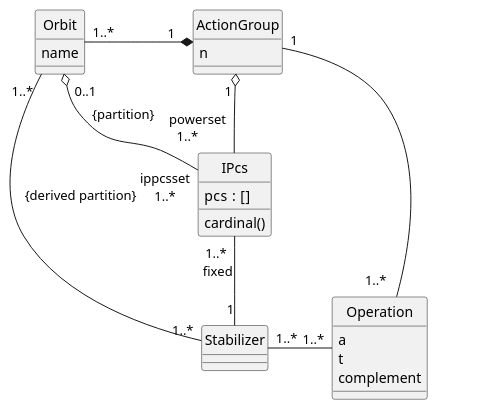
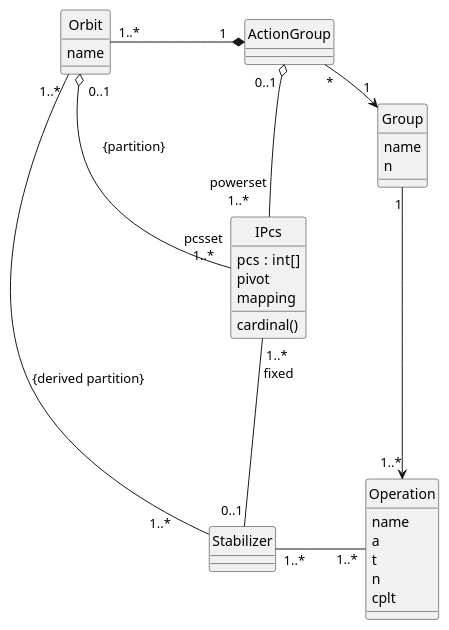
Before and after one commit to ocapuozzo/musaicbox-app: the diagram in analyse/analyse.puml, drawn with PlantUML. The commit also changed 10 other files, not shown here.

```diff
--- a/analyse/analyse.puml
+++ b/analyse/analyse.puml
@@ -1,32 +1,43 @@
 @startuml musaicbox
 
 class ActionGroup {
-  n
-}
 
-class Operation {
-  a
-  t
-  complement
 }
 
 class Orbit {
   name
 }
 
+class Group {
+  name
+  n
+}
+
+class Operation {
+  name
+  a
+  t
+  n
+  cplt
+}
+
 class IPcs {
-  pcs :  []
+  pcs :  int[]
+  pivot
+  mapping
   cardinal()
 }
 
-ActionGroup "1"  - " 1..*   " Operation : "                 "
+Group "1" --> "1..*" Operation
+ActionGroup "*" -> "1" Group
+
 Orbit "1..*"  -* " 1   " ActionGroup : "                 "
-ActionGroup "1 "  o-- "\n       powerset \n1..*" IPcs :"                                           "
+ActionGroup "0..1 "  o-- "\t\t\npowerset\n1..*" IPcs :"\t\t\t"
 
-Orbit "1..* "  -- "1..*" Stabilizer :"{derived partition}             "
-Orbit "  0..1"  o-- "ippcsset\n1..*" IPcs :" {partition}                     "
-IPcs "1..* \nfixed" -- "1" Stabilizer
-Stabilizer "1..*" - "1..*" Operation
+Orbit "1..* "  -- "1..*         " Stabilizer :"{derived partition}\t\t\t\t"
+Orbit "  0..1"  o-- "pcsset\n1..*" IPcs :" {partition}\t\t\t\t"
+IPcs "1..* \nfixed" -down-- "0..1" Stabilizer
+Stabilizer "1..*" - "1..*" Operation : "\t\t"
 
 hide circle
 @enduml
```
